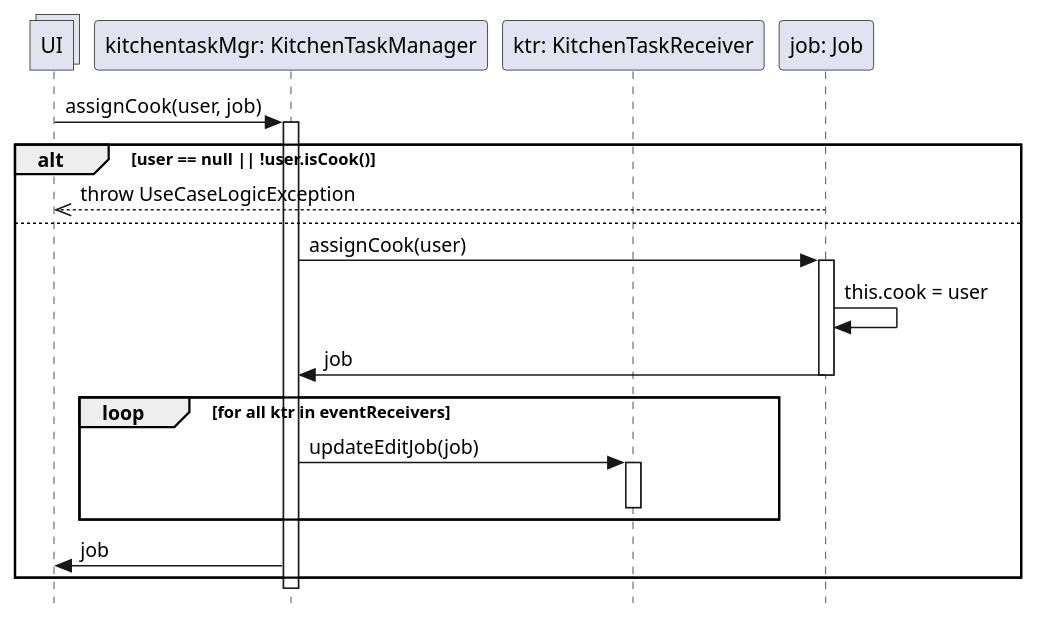
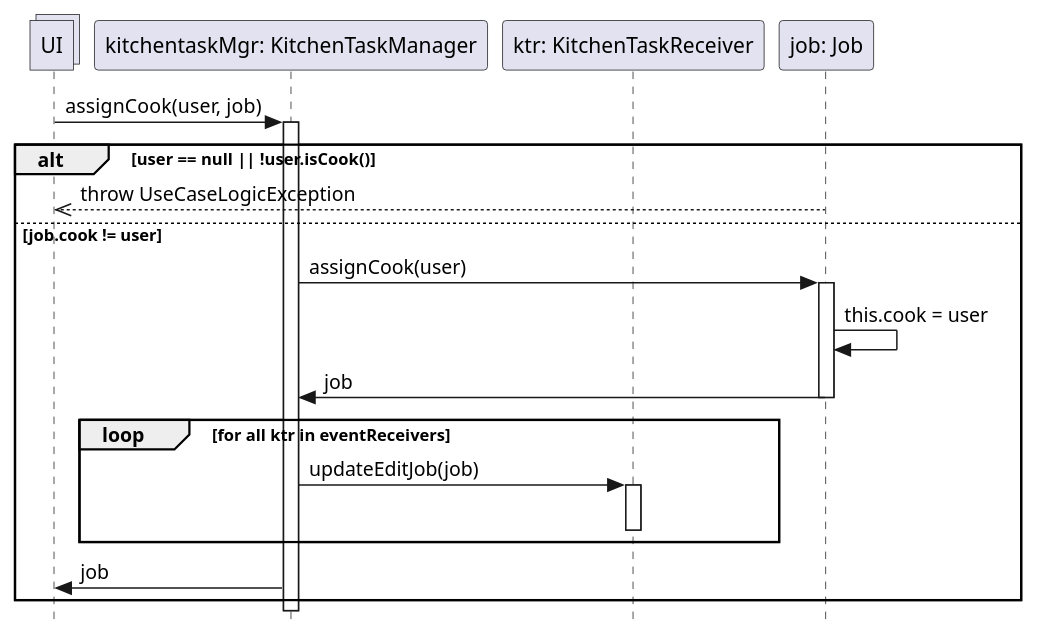
One commit to stefa168/sas-project changed the diagram in DSD Operazione 6c.puml. Above: the diagram before and after it, drawn with PlantUML. The commit also changed 1 other file, not shown here.

```diff
--- a/DSD Operazione 6c.puml
+++ b/DSD Operazione 6c.puml
@@ -1,40 +1,40 @@
 @startuml
 skinparam Style strictuml
 
 collections UI
 
 participant "kitchentaskMgr: KitchenTaskManager" as ktm
 participant "ktr: KitchenTaskReceiver" as ktr
 participant "job: Job" as job
 
 UI -> ktm: assignCook(user, job)
 activate ktm
 alt user == null || !user.isCook()
     UI <<-- job: throw UseCaseLogicException
-else
+else job.cook != user
 
     ktm -> job: assignCook(user)
     activate job
     job -> job: this.cook = user
     ktm <- job: job
     deactivate job
 
     loop for all ktr in eventReceivers
         ktm -> ktr : updateEditJob(job)
         activate ktr
         deactivate ktr
 
     end
 
 
     UI <- ktm: job
 
 
 
 end
 deactivate ktm
 
 
 
 
 @enduml
```
